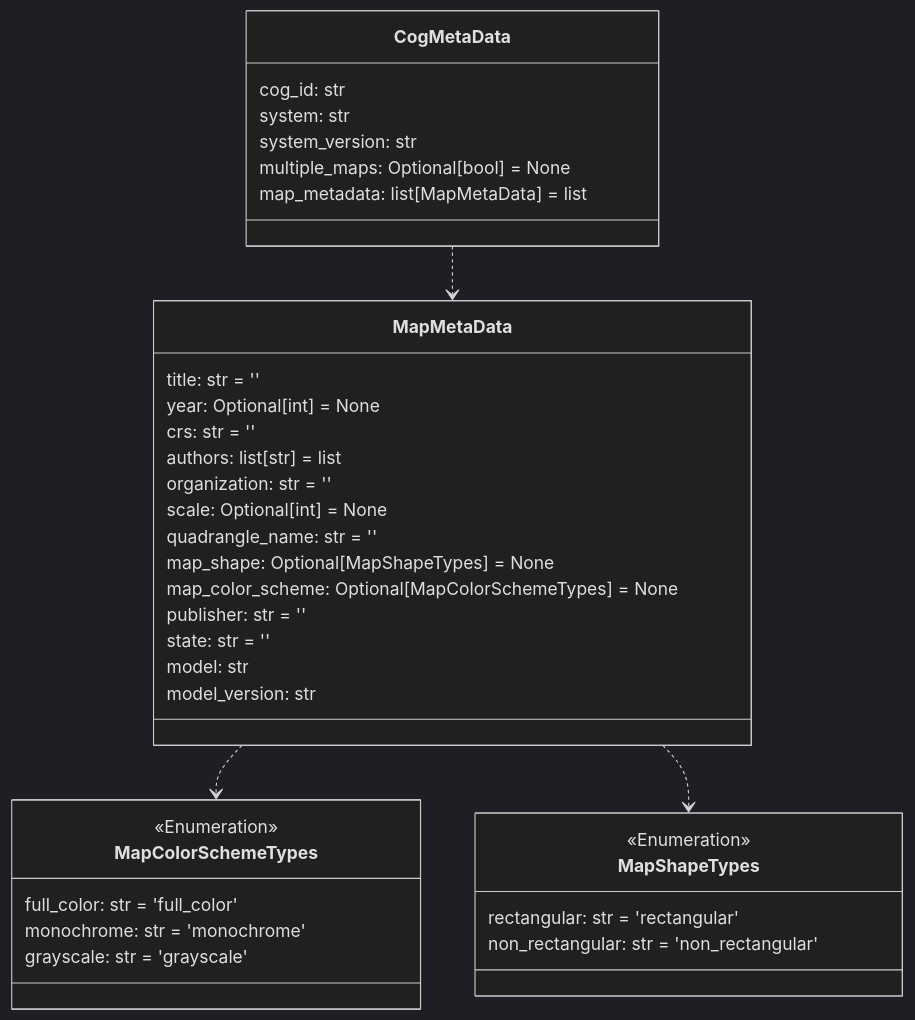
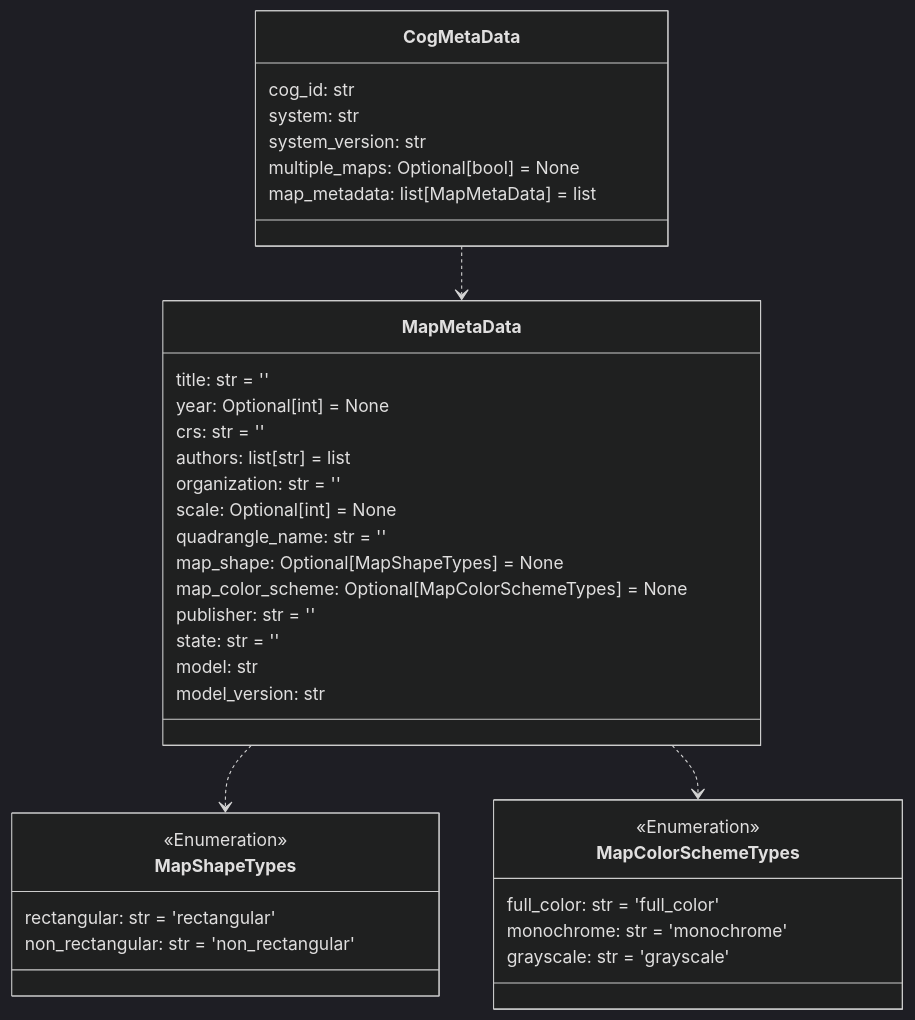
Before and after one commit to DARPA-CRITICALMAAS/cdr_schemas: the third of 12 diagrams in README.md, drawn with Mermaid (dark theme). The commit also changed other lines of this file and 1 other file, not shown here.

````diff
--- a/README.md
+++ b/README.md
@@ -197,46 +197,46 @@
 ```mermaid
 classDiagram
-
-    class MapColorSchemeTypes {
-        <<Enumeration>>
-        full_color: str = 'full_color'
-        monochrome: str = 'monochrome'
-        grayscale: str = 'grayscale'
-    }
 
     class MapMetaData {
         title: str = ''
         year: Optional[int] = None
         crs: str = ''
         authors: list[str] = list
         organization: str = ''
         scale: Optional[int] = None
         quadrangle_name: str = ''
         map_shape: Optional[MapShapeTypes] = None
         map_color_scheme: Optional[MapColorSchemeTypes] = None
         publisher: str = ''
         state: str = ''
         model: str
         model_version: str
     }
 
-    class MapShapeTypes {
-        <<Enumeration>>
-        rectangular: str = 'rectangular'
-        non_rectangular: str = 'non_rectangular'
-    }
-
     class CogMetaData {
         cog_id: str
         system: str
         system_version: str
         multiple_maps: Optional[bool] = None
         map_metadata: list[MapMetaData] = list
     }
 
+    class MapShapeTypes {
+        <<Enumeration>>
+        rectangular: str = 'rectangular'
+        non_rectangular: str = 'non_rectangular'
+    }
+
+    class MapColorSchemeTypes {
+        <<Enumeration>>
+        full_color: str = 'full_color'
+        monochrome: str = 'monochrome'
+        grayscale: str = 'grayscale'
+    }
+
+    MapMetaData ..> MapShapeTypes
     MapMetaData ..> MapColorSchemeTypes
-    MapMetaData ..> MapShapeTypes
     CogMetaData ..> MapMetaData
 
 
 ```
````
